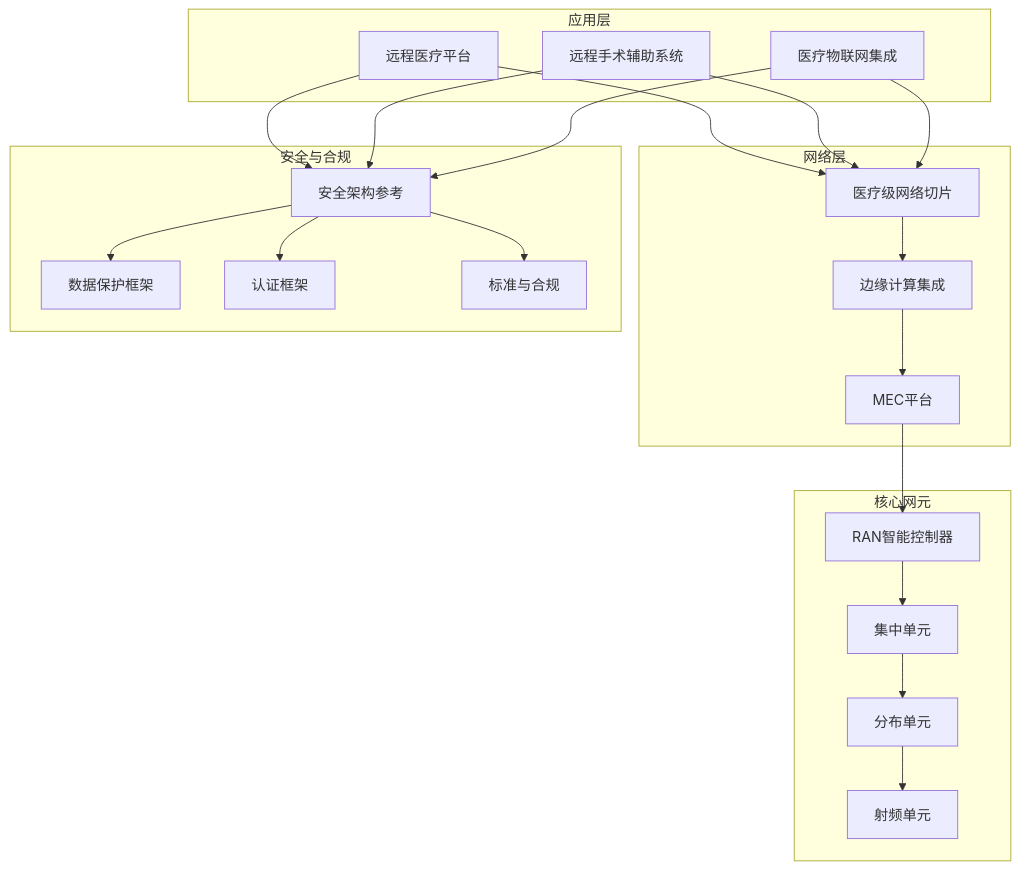
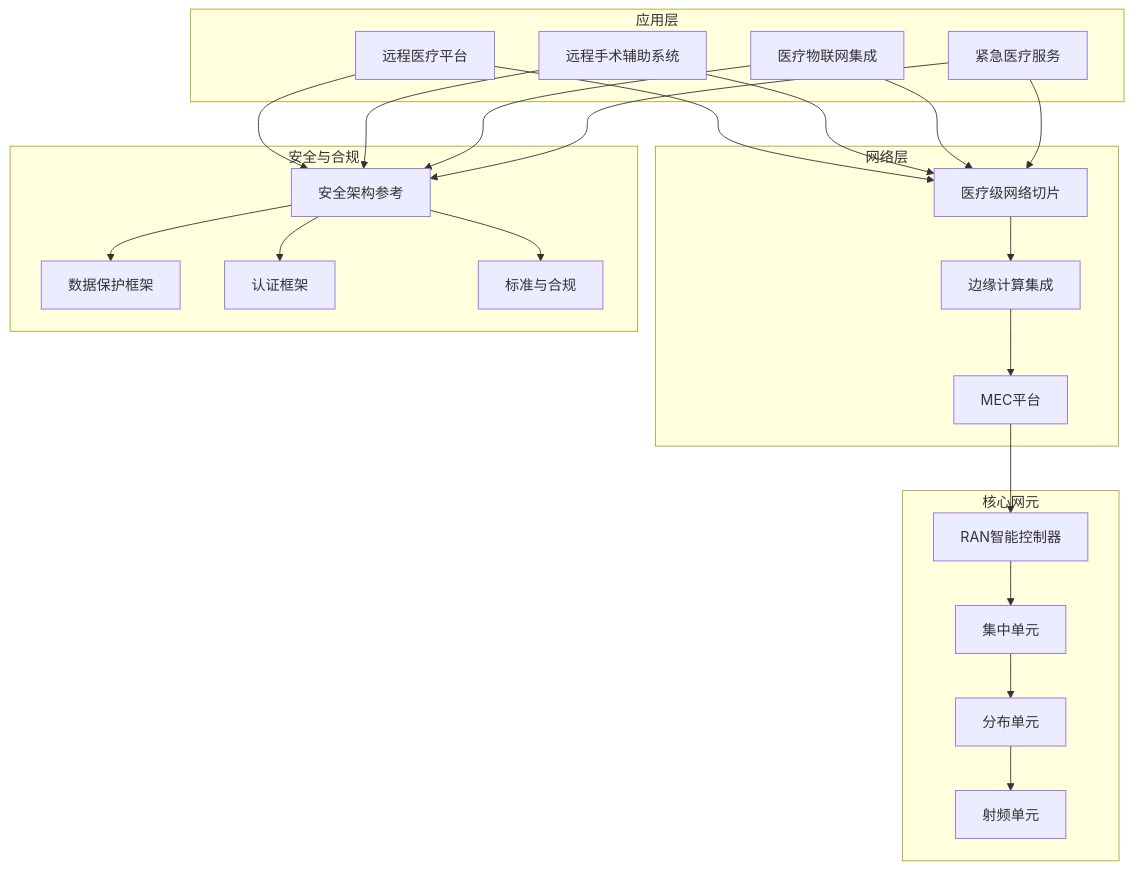
The first of 6 diagrams in .qoder/repowiki/zh/content/应用场景/医疗健康应用.md (allengaller/oran-database), drawn with Mermaid before and after one commit. The commit also changed other lines of this file and 32 other files, not shown here.

````diff
--- a/.qoder/repowiki/zh/content/应用场景/医疗健康应用.md
+++ b/.qoder/repowiki/zh/content/应用场景/医疗健康应用.md
@@ -48,40 +57,43 @@
 ```mermaid
 graph TB
 subgraph "应用层"
 Tele["远程医疗平台"]
 RemoteSurg["远程手术辅助系统"]
 MedIoT["医疗物联网集成"]
+Emergency["紧急医疗服务"]
 end
 subgraph "网络层"
 Slice["医疗级网络切片"]
 Edge["边缘计算集成"]
 MEC["MEC平台"]
 end
 subgraph "核心网元"
 RIC["RAN智能控制器"]
 CU["集中单元"]
 DU["分布单元"]
 RU["射频单元"]
 end
 subgraph "安全与合规"
 SecArch["安全架构参考"]
 DataProt["数据保护框架"]
 Auth["认证框架"]
 Std["标准与合规"]
 end
 Tele --> Slice
 RemoteSurg --> Slice
 MedIoT --> Slice
+Emergency --> Slice
 Slice --> Edge
 Edge --> MEC
 MEC --> RIC
 RIC --> CU
 CU --> DU
 DU --> RU
 Tele --> SecArch
 RemoteSurg --> SecArch
 MedIoT --> SecArch
+Emergency --> SecArch
 SecArch --> DataProt
 SecArch --> Auth
 SecArch --> Std
 ```
````
